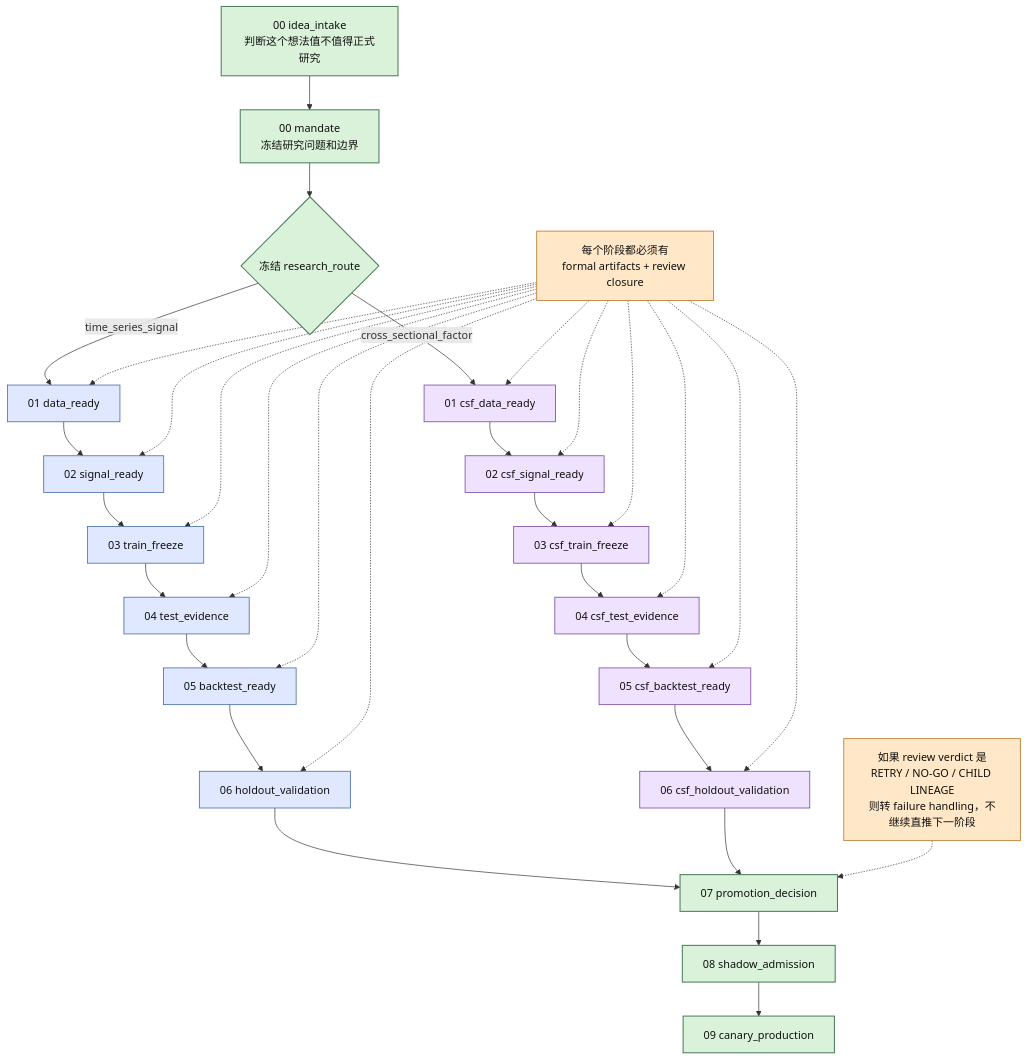
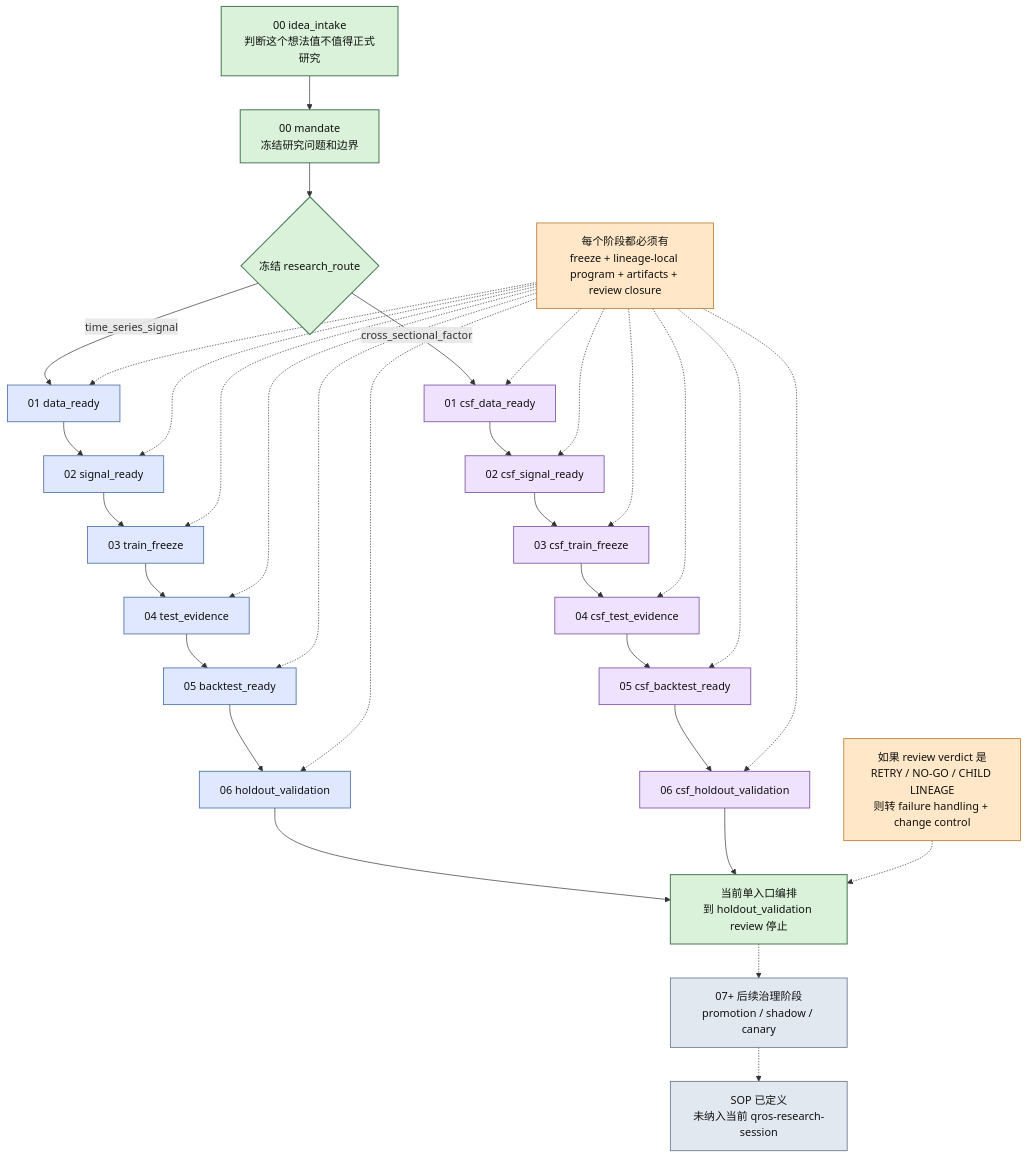
The second of 2 diagrams in docs/show/README.md (web3qt/quant-research-os), drawn with Mermaid before and after one commit. The commit also changed other lines of this file and 2 other files, not shown here.

Commit message:
Clarify the diagrammed runtime boundary for QROS readers
The docs/show overview and drawio assets now distinguish the currently landed single-entry runtime from later governance stages. The diagrams call out explicit gates, lineage-local programs, and the fact that promotion/shadow/canary are defined in SOP but not yet wired into qros-research-session.\n\nThis keeps the visual story aligned with the actual repo/runtime behavior so readers do not overread the roadmap portion as already shipped orchestration.

Constraint: The show docs must match current runtime behavior rather than future governance intent\nRejected: Leave the old diagrams unchanged | they implied 07+ governance stages were already part of the active single-entry runtime\nConfidence: high\nScope-risk: narrow\nDirective: When updating roadmap diagrams, keep landed runtime boundaries visually distinct from SOP-only future stages\nTested: python -m pytest tests/test_project_bootstrap.py tests/test_install_docs.py -q\nNot-tested: Manual visual inspection in diagrams.net after commit

````diff
--- a/docs/show/README.md
+++ b/docs/show/README.md
@@ -78,49 +78,51 @@
 ```mermaid
 flowchart TB
     A["00 idea_intake<br/>判断这个想法值不值得正式研究"] --> B["00 mandate<br/>冻结研究问题和边界"]
     B --> C{"冻结 research_route"}
 
     C -->|time_series_signal| D["01 data_ready"]
     D --> E["02 signal_ready"]
     E --> F["03 train_freeze"]
     F --> G["04 test_evidence"]
     G --> H["05 backtest_ready"]
     H --> I["06 holdout_validation"]
 
     C -->|cross_sectional_factor| J["01 csf_data_ready"]
     J --> K["02 csf_signal_ready"]
     K --> L["03 csf_train_freeze"]
     L --> M["04 csf_test_evidence"]
     M --> N["05 csf_backtest_ready"]
     N --> O["06 csf_holdout_validation"]
 
-    I --> P["07 promotion_decision"]
+    I --> P["当前单入口编排<br/>到 holdout_validation review 停止"]
     O --> P
-    P --> Q["08 shadow_admission"]
-    Q --> R["09 canary_production"]
+    P -.-> Q["07+ 后续治理阶段<br/>promotion / shadow / canary"]
+    Q -.-> R["SOP 已定义<br/>未纳入当前 qros-research-session"]
 
-    S["每个阶段都必须有<br/>formal artifacts + review closure"] -.-> D
+    S["每个阶段都必须有<br/>freeze + lineage-local program + artifacts + review closure"] -.-> D
     S -.-> E
     S -.-> F
     S -.-> G
     S -.-> H
     S -.-> I
     S -.-> J
     S -.-> K
     S -.-> L
     S -.-> M
     S -.-> N
     S -.-> O
 
-    T["如果 review verdict 是<br/>RETRY / NO-GO / CHILD LINEAGE<br/>则转 failure handling，不继续直推下一阶段"] -.-> P
+    T["如果 review verdict 是<br/>RETRY / NO-GO / CHILD LINEAGE<br/>则转 failure handling + change control"] -.-> P
 
     classDef main fill:#d9f2d9,stroke:#4a7c59,stroke-width:1.5px,color:#111;
     classDef ts fill:#dfe8ff,stroke:#4a6fa5,stroke-width:1.2px,color:#111;
     classDef csf fill:#efe2ff,stroke:#7a4fa3,stroke-width:1.2px,color:#111;
     classDef gov fill:#ffe7c7,stroke:#b67b2d,stroke-width:1.2px,color:#111;
+    classDef future fill:#e2e8f0,stroke:#64748b,stroke-width:1.2px,color:#111;
 
-    class A,B,C,P,Q,R main;
+    class A,B,C,P main;
     class D,E,F,G,H,I ts;
     class J,K,L,M,N,O csf;
     class S,T gov;
+    class Q,R future;
 ```
````
